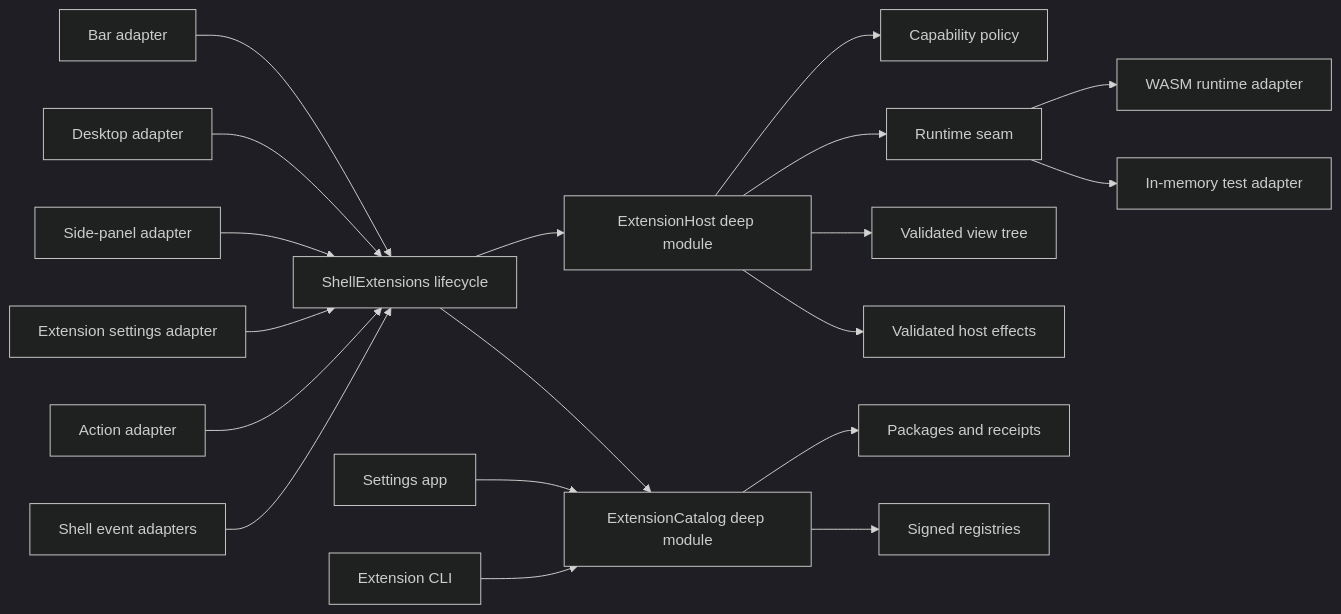
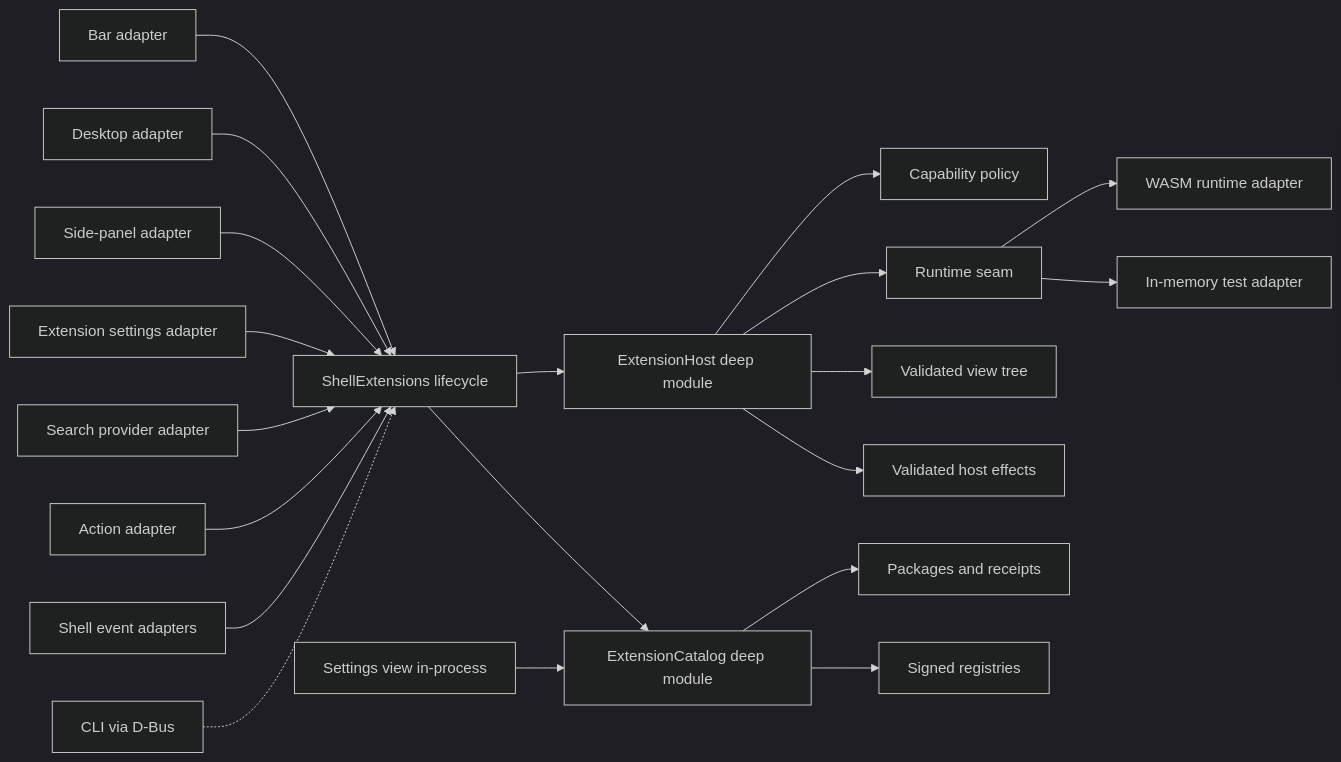
The first of 2 diagrams in docs/architecture/extensions.md (sayeed205/shilpo), drawn with Mermaid (dark theme) before and after one commit. The commit also changed other lines of this file and 11 other files, not shown here.

````diff
--- a/docs/architecture/extensions.md
+++ b/docs/architecture/extensions.md
@@ -69,32 +69,32 @@
 ```mermaid
 flowchart LR
     BAR[Bar adapter]
     DESKTOP[Desktop adapter]
     PANEL[Side-panel adapter]
     SURFACE_SETTINGS[Extension settings adapter]
+   SEARCH[Search provider adapter]
     ACTIONS[Action adapter]
     EVENTS[Shell event adapters]
-    SETTINGS[Settings app]
-    CLI[Extension CLI]
     BAR --> SHELL
     DESKTOP --> SHELL
     PANEL --> SHELL
     SURFACE_SETTINGS --> SHELL
+   SEARCH --> SHELL
     ACTIONS --> SHELL
     EVENTS --> SHELL
     SHELL[ShellExtensions lifecycle]
     SHELL --> CATALOG
     SHELL --> HOST
-    SETTINGS --> CATALOG
-    CLI --> CATALOG
+   SETTINGS_VIEW[Settings view in-process] --> CATALOG
+   CLI[CLI via D-Bus] -.-> SHELL
     HOST[ExtensionHost deep module]
     HOST --> POLICY[Capability policy]
     HOST --> RUNTIME[Runtime seam]
     RUNTIME --> WASM[WASM runtime adapter]
     RUNTIME --> MEMORY[In-memory test adapter]
     HOST --> VIEW[Validated view tree]
     HOST --> EFFECTS[Validated host effects]
     CATALOG[ExtensionCatalog deep module]
     CATALOG --> PACKAGES[Packages and receipts]
     CATALOG --> REGISTRIES[Signed registries]
 ```
````
